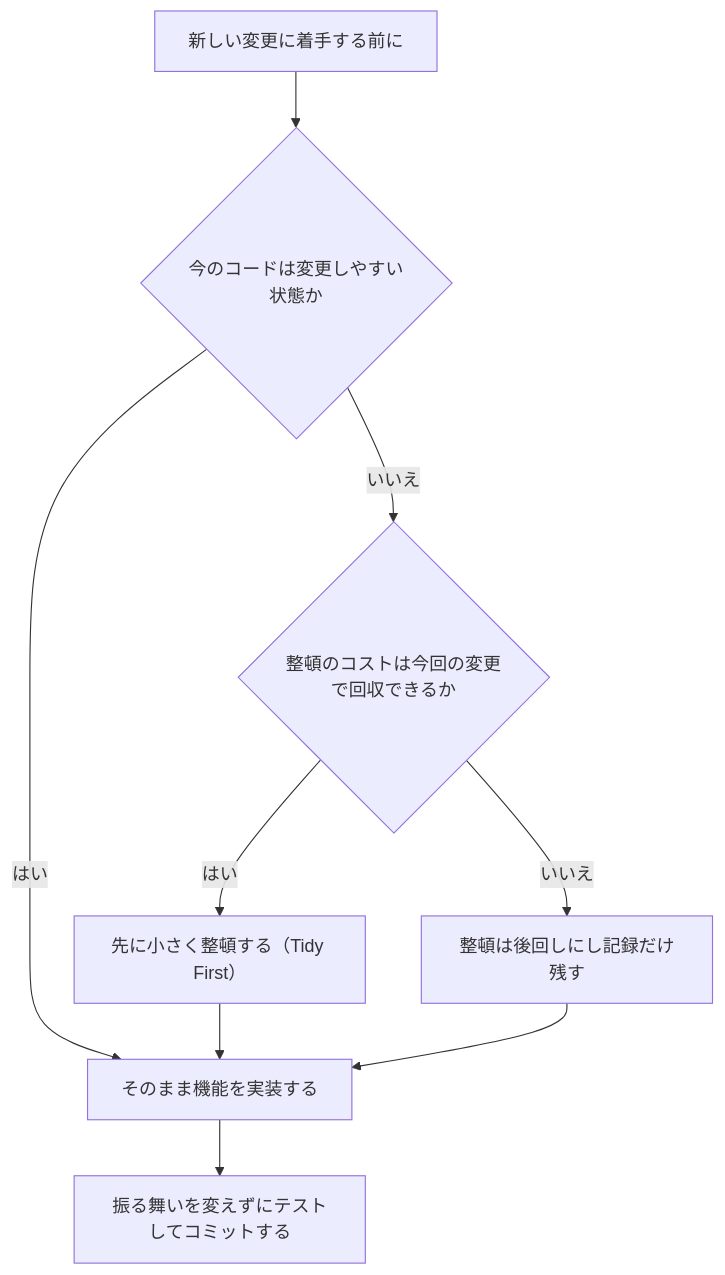
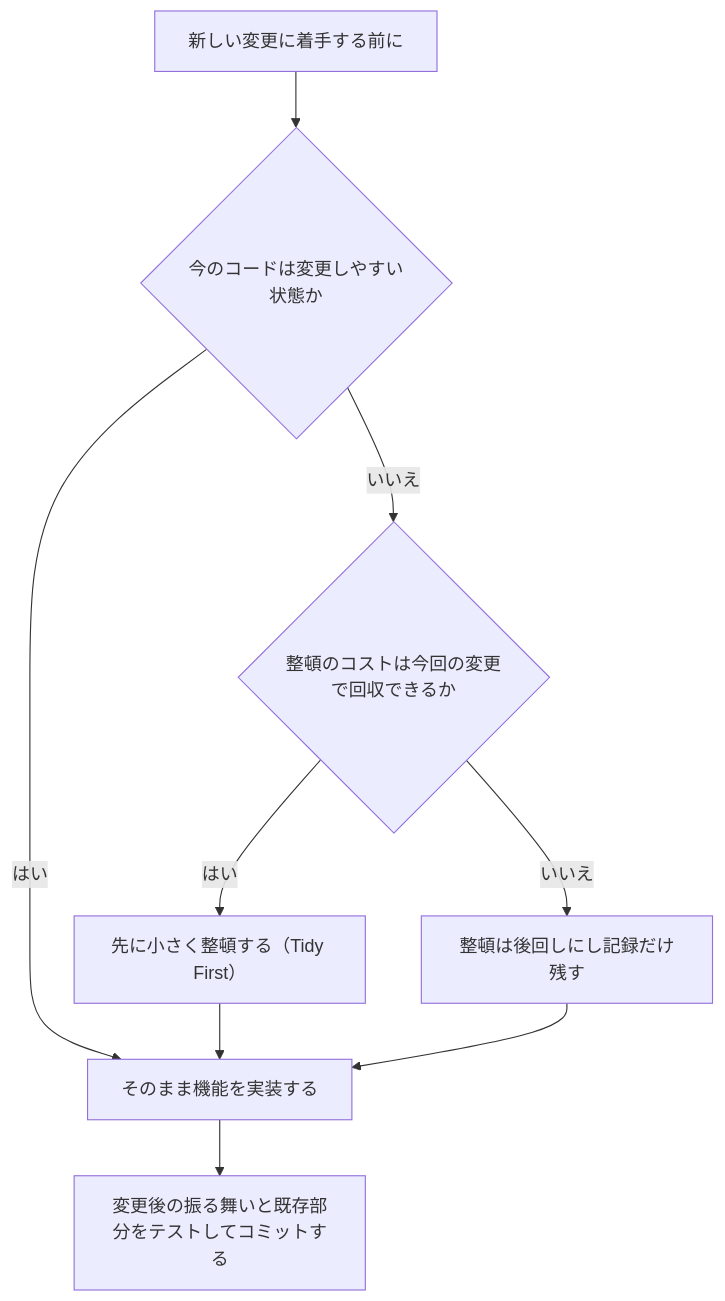
One commit to myoshi2891/Quality-Assurance-Studies changed the fourth of 4 diagrams in Clean-code-cookbook-guide.md. Above: the diagram before and after it, drawn with Mermaid. The commit also changed other lines of this file and 2 other files, not shown here.

Commit message:
docs: refine commit guidelines and improve markdown formatting

````diff
--- a/Clean-code-cookbook-guide.md
+++ b/Clean-code-cookbook-guide.md
@@ -182,11 +182,11 @@
 ```mermaid
 flowchart TB
     S["新しい変更に着手する前に"] --> Q1{"今のコードは変更しやすい状態か"}
     Q1 -- はい --> Impl["そのまま機能を実装する"]
     Q1 -- いいえ --> Q2{"整頓のコストは今回の変更で回収できるか"}
     Q2 -- はい --> Tidy["先に小さく整頓する（Tidy First）"]
     Tidy --> Impl
     Q2 -- いいえ --> Later["整頓は後回しにし記録だけ残す"]
     Later --> Impl
-    Impl --> Commit["振る舞いを変えずにテストしてコミットする"]
+    Impl --> Commit["変更後の振る舞いと既存部分をテストしてコミットする"]
 ```
````
